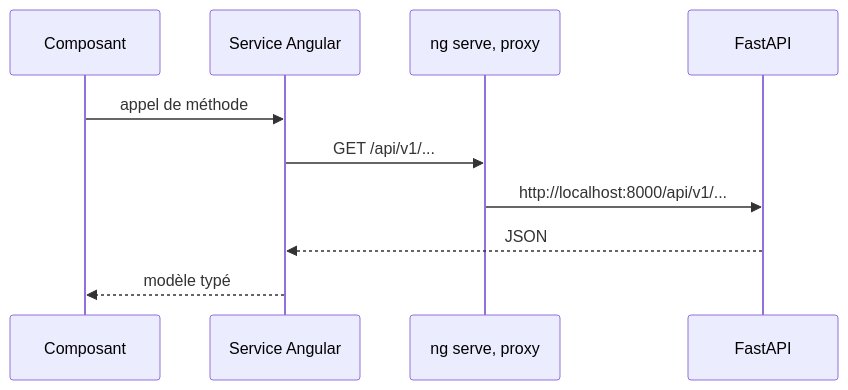
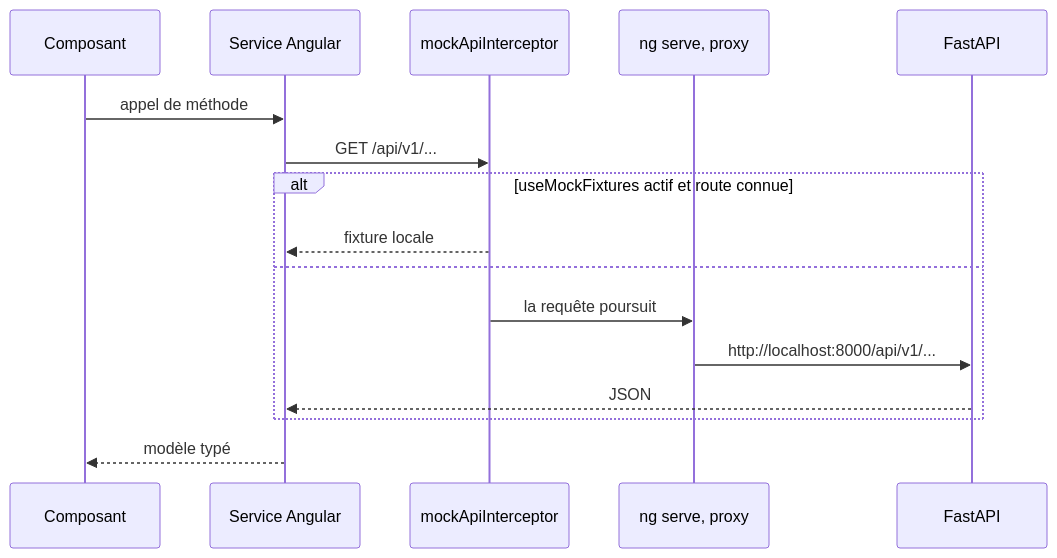
One commit to ineszang/ProjetPiscine_EnerVision changed the second of 2 diagrams in docs/architecture/30-frontend.md. Above: the diagram before and after it, drawn with Mermaid. The commit also changed other lines of this file and 2 other files, not shown here.

First line of the commit message:
docs(architecture): acte le tableau de bord dans les vues frontend

````diff
--- a/docs/architecture/30-frontend.md
+++ b/docs/architecture/30-frontend.md
@@ -53,13 +60,19 @@
 ```mermaid
 sequenceDiagram
   participant C as Composant
   participant S as Service Angular
+  participant I as mockApiInterceptor
   participant P as ng serve, proxy
   participant A as FastAPI
 
   C->>S: appel de méthode
-  S->>P: GET /api/v1/...
-  P->>A: http://localhost:8000/api/v1/...
-  A-->>S: JSON
+  S->>I: GET /api/v1/...
+  alt useMockFixtures actif et route connue
+    I-->>S: fixture locale
+  else
+    I->>P: la requête poursuit
+    P->>A: http://localhost:8000/api/v1/...
+    A-->>S: JSON
+  end
   S-->>C: modèle typé
 ```
````
